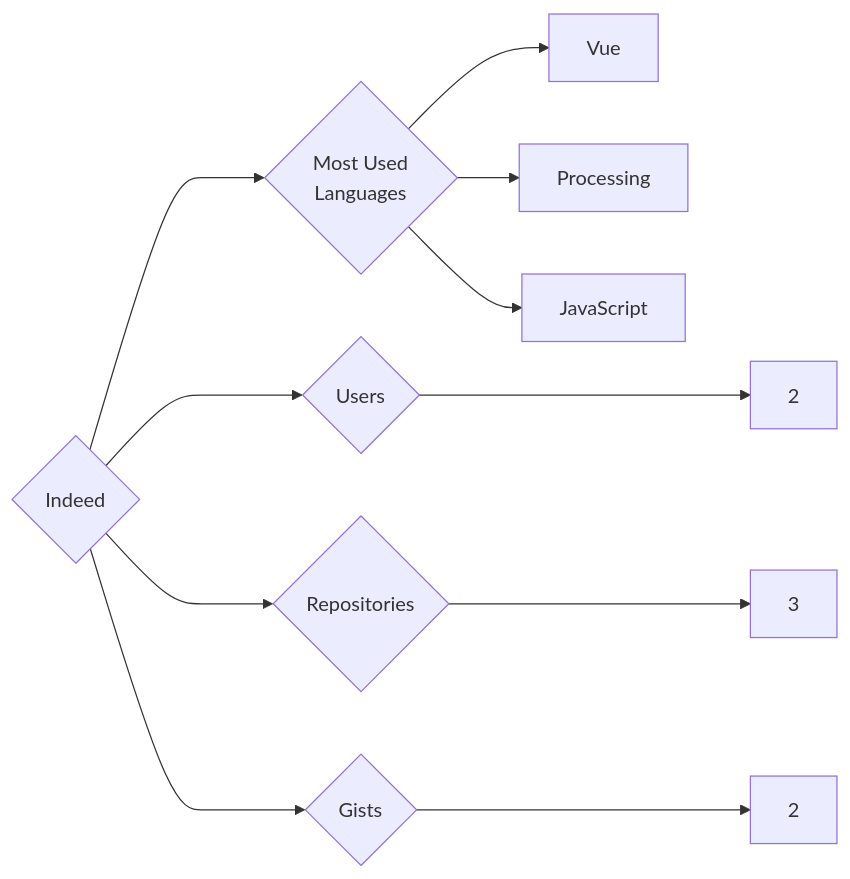
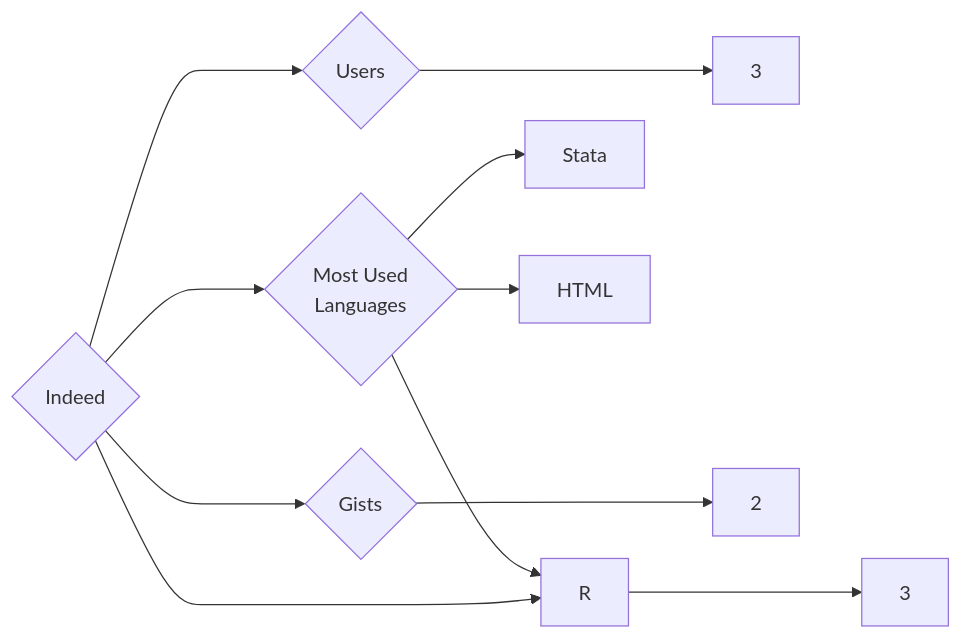
One commit to trickest/insiders changed the diagram in targets/Indeed/README.md. Above: the diagram before and after it, drawn with Mermaid. The commit also changed 782 other files, not shown here.

````diff
--- a/targets/Indeed/README.md
+++ b/targets/Indeed/README.md
@@ -3,11 +3,11 @@
 ```mermaid
 graph LR
 COMPANY_NAME{Indeed}
-COMPANY_NAME ---> U{Users} ---> UN[2]
+COMPANY_NAME ---> U{Users} ---> UN[3]
 COMPANY_NAME ---> R{Repositories} ---> RN[3]
 COMPANY_NAME ---> G{Gists} ---> GN[2]
 COMPANY_NAME ---> ML{Most Used<br>Languages}
-ML --> Vue[Vue]
-ML --> Processing[Processing]
-ML --> JavaScript[JavaScript]
+ML --> Stata[Stata]
+ML --> R[R]
+ML --> HTML[HTML]
 ```
````
